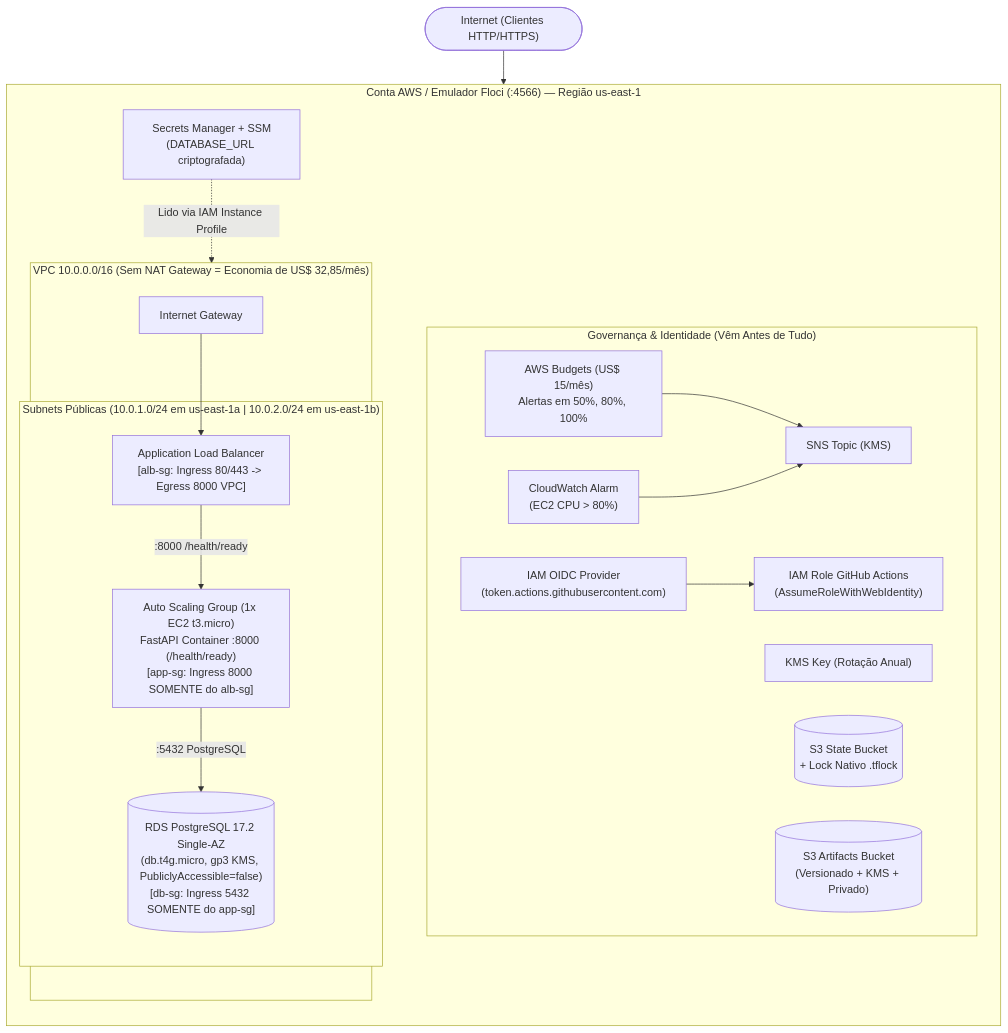
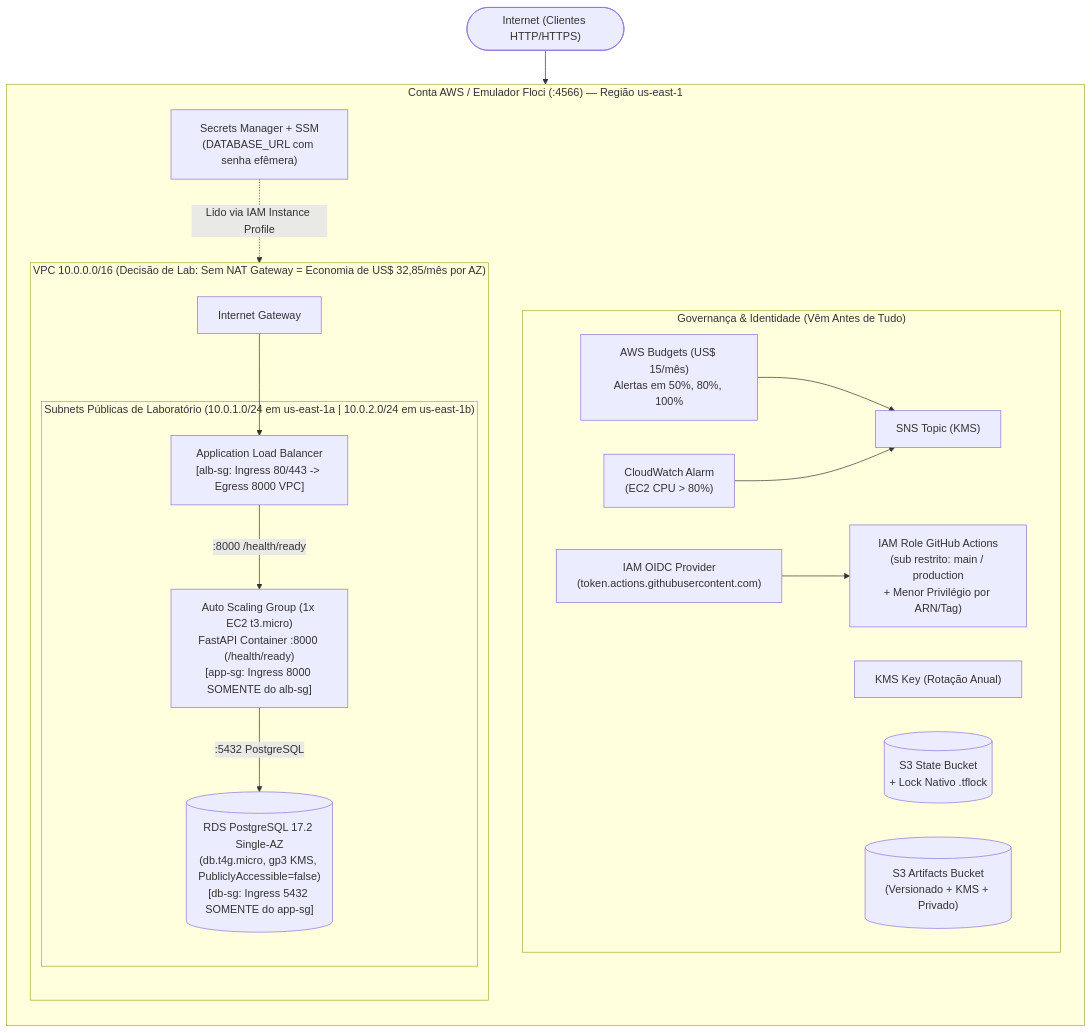
One commit to Gabriel-V-Mendes/infraestrutura-aws-opentofu-floci changed the first of 2 diagrams in README.md. Above: the diagram before and after it, drawn with Mermaid. The commit also changed other lines of this file and 13 other files, not shown here.

Commit message:
security(iac): enforce strict OIDC sub, least-privilege IAM, ephemeral secrets, and update Floci/AWS docs

````diff
--- a/README.md
+++ b/README.md
@@ -39,33 +40,33 @@
 ```mermaid
 flowchart TB
     Internet(["Internet (Clientes HTTP/HTTPS)"]) --> IGW["Internet Gateway"]
 
     subgraph AWS["Conta AWS / Emulador Floci (:4566) — Região us-east-1"]
         direction TB
 
         subgraph FinOps["Governança & Identidade (Vêm Antes de Tudo)"]
             Budget["AWS Budgets (US$ 15/mês)\nAlertas em 50%, 80%, 100%"] --> SNS["SNS Topic (KMS)"]
             CW["CloudWatch Alarm\n(EC2 CPU > 80%)"] --> SNS
-            OIDC["IAM OIDC Provider\n(token.actions.githubusercontent.com)"] --> GHARole["IAM Role GitHub Actions\n(AssumeRoleWithWebIdentity)"]
+            OIDC["IAM OIDC Provider\n(token.actions.githubusercontent.com)"] --> GHARole["IAM Role GitHub Actions\n(sub restrito: main / production\n+ Menor Privilégio por ARN/Tag)"]
             KMS["KMS Key (Rotação Anual)"]
             S3State[("S3 State Bucket\n+ Lock Nativo .tflock")]
             S3App[("S3 Artifacts Bucket\n(Versionado + KMS + Privado)")]
         end
 
-        subgraph VPC["VPC 10.0.0.0/16 (Sem NAT Gateway = Economia de US$ 32,85/mês)"]
+        subgraph VPC["VPC 10.0.0.0/16 (Decisão de Lab: Sem NAT Gateway = Economia de US$ 32,85/mês por AZ)"]
             direction TB
             IGW --> ALB
 
-            subgraph Subnets["Subnets Públicas (10.0.1.0/24 em us-east-1a | 10.0.2.0/24 em us-east-1b)"]
+            subgraph Subnets["Subnets Públicas de Laboratório (10.0.1.0/24 em us-east-1a | 10.0.2.0/24 em us-east-1b)"]
                 ALB["Application Load Balancer\n[alb-sg: Ingress 80/443 -> Egress 8000 VPC]"]
                 ASG["Auto Scaling Group (1x EC2 t3.micro)\nFastAPI Container :8000 (/health/ready)\n[app-sg: Ingress 8000 SOMENTE do alb-sg]"]
                 RDS[("RDS PostgreSQL 17.2 Single-AZ\n(db.t4g.micro, gp3 KMS, PubliclyAccessible=false)\n[db-sg: Ingress 5432 SOMENTE do app-sg]")]
 
                 ALB -->|":8000 /health/ready"| ASG
                 ASG -->|":5432 PostgreSQL"| RDS
             end
         end
 
-        Secrets["Secrets Manager + SSM\n(DATABASE_URL criptografada)"] -.->|"Lido via IAM Instance Profile"| ASG
+        Secrets["Secrets Manager + SSM\n(DATABASE_URL com senha efêmera)"] -.->|"Lido via IAM Instance Profile"| ASG
     end
 ```
````
